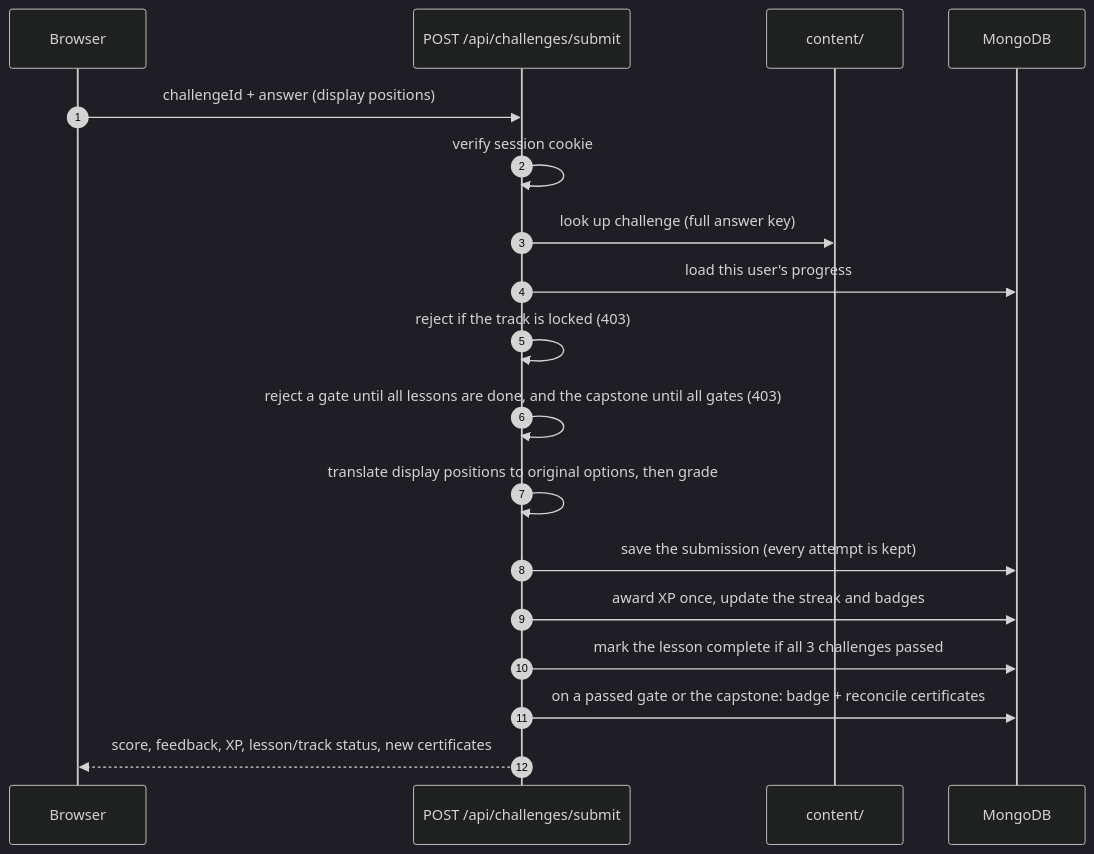
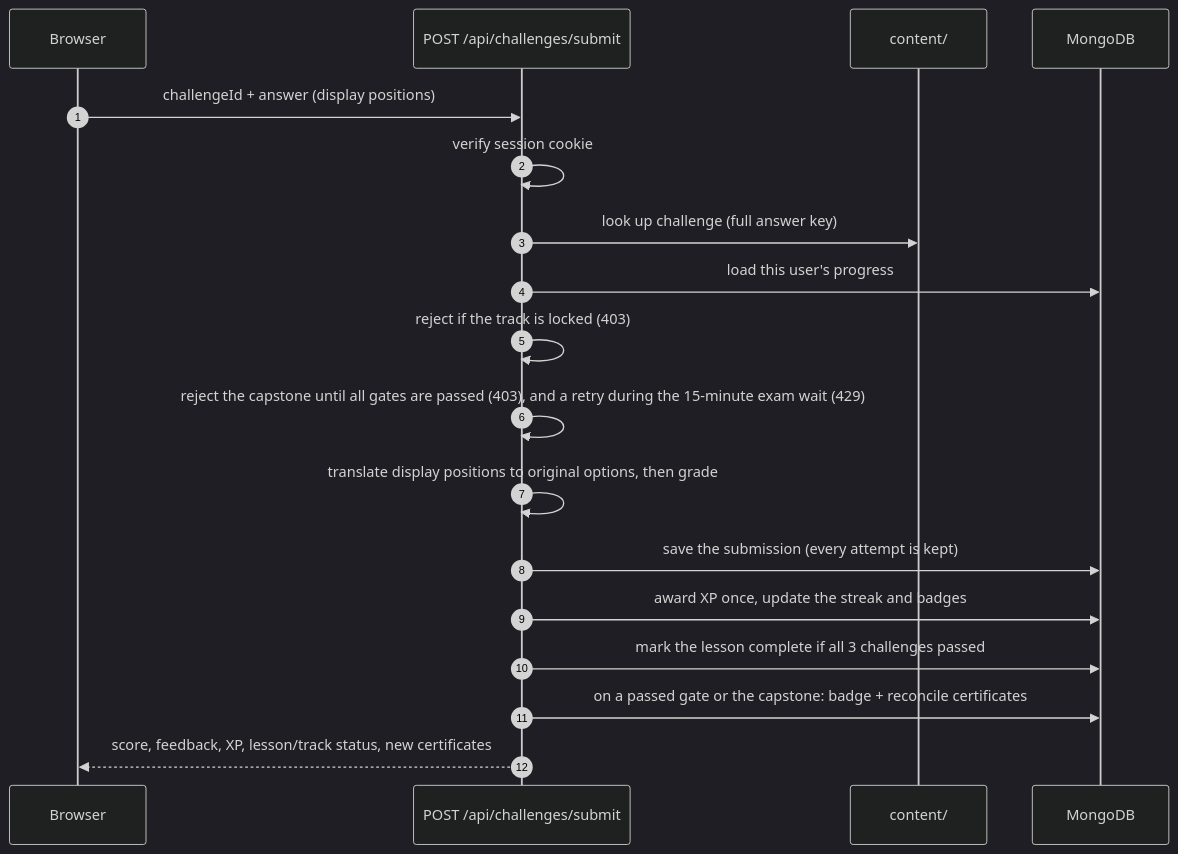
One commit to sairaghukiran14/AIEM changed the third of 5 diagrams in README.md. Above: the diagram before and after it, drawn with Mermaid (dark theme). The commit also changed other lines of this file and 39 other files, not shown here.

````diff
--- a/README.md
+++ b/README.md
@@ -190,21 +190,21 @@
 ```mermaid
 sequenceDiagram
     autonumber
     participant B as Browser
     participant API as POST /api/challenges/submit
     participant C as content/
     participant DB as MongoDB
 
     B->>API: challengeId + answer (display positions)
     API->>API: verify session cookie
     API->>C: look up challenge (full answer key)
     API->>DB: load this user's progress
     API->>API: reject if the track is locked (403)
-    API->>API: reject a gate until all lessons are done, and the capstone until all gates (403)
+    API->>API: reject the capstone until all gates are passed (403), and a retry during the 15-minute exam wait (429)
     API->>API: translate display positions to original options, then grade
     API->>DB: save the submission (every attempt is kept)
     API->>DB: award XP once, update the streak and badges
     API->>DB: mark the lesson complete if all 3 challenges passed
     API->>DB: on a passed gate or the capstone: badge + reconcile certificates
     API-->>B: score, feedback, XP, lesson/track status, new certificates
 ```
````
